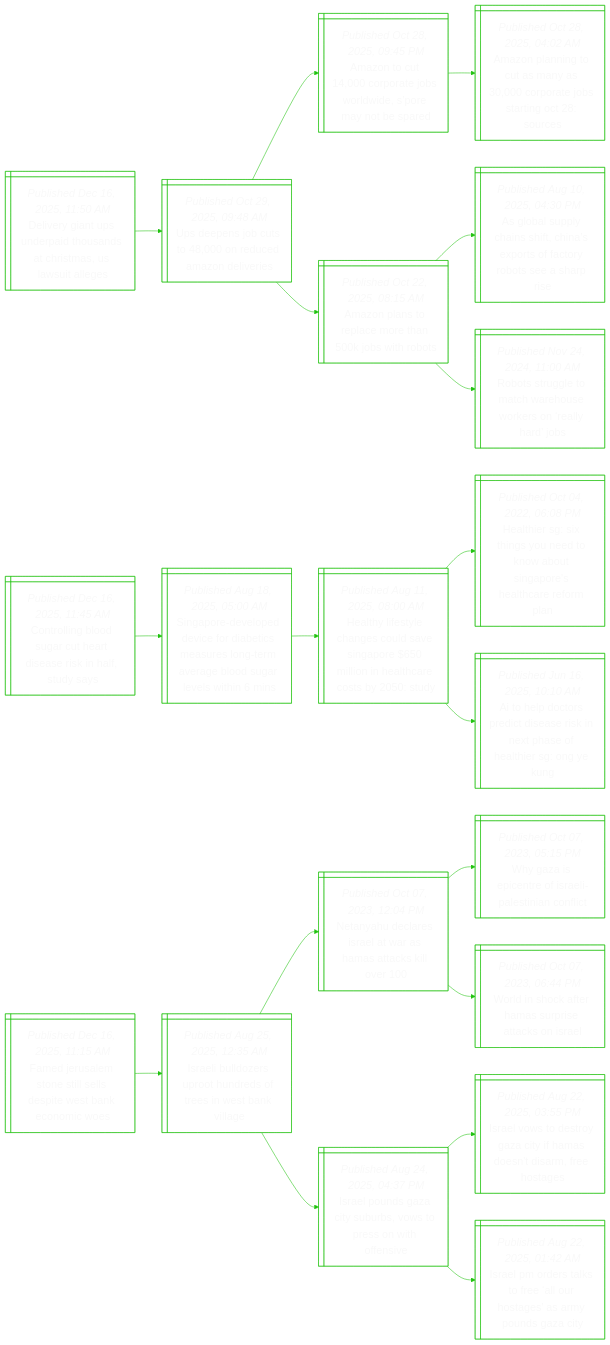
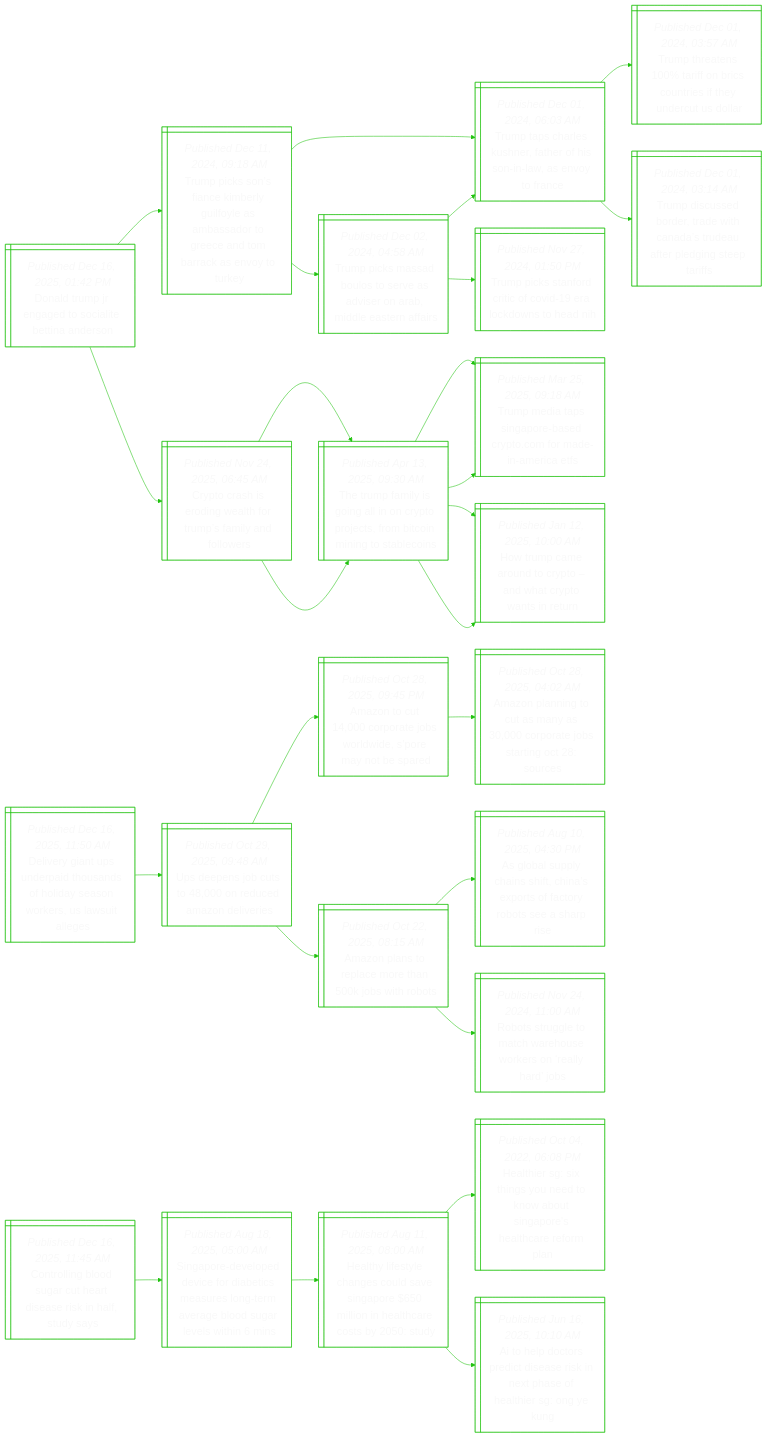
The diagram in README.md (notJmes/notJmes), drawn with Mermaid before and after one commit. The commit also changed other lines of this file, not shown here.

````diff
--- a/README.md
+++ b/README.md
@@ -16,8 +16,54 @@
 flowchart LR
 classDef txtsize font-size:20px;
 
-DeaSrtatsUsls@{ shape: win-pane, label: "_Published Dec 16, 2025, 11:50 AM_
-Delivery giant ups underpaid thousands at christmas, us lawsuit alleges" }
+Ddpgtieidn@{ shape: win-pane, label: "_Published Dec 16, 2025, 01:42 PM_
+Donald trump jr engaged to socialite bettina anderson" }
+TpsiKrilmaocTraou@{ shape: win-pane, label: "_Published Dec 11, 2024, 09:18 AM_
+Trump picks son’s fiance kimberly guilfoyle as ambassador to greece and tom barrack as envoy to turkey" }
+Tthsntfoanoc@{ shape: win-pane, label: "_Published Dec 01, 2024, 06:03 AM_
+Trump taps charles kushner, father of his son-in-law, as envoy to france" }
+TttaocnseeUl@{ shape: win-pane, label: "_Published Dec 01, 2024, 03:57 AM_
+Trump threatens 100% tariff on brics countries if they undercut us dollar" }
+Tdsotwasetegpf@{ shape: win-pane, label: "_Published Dec 01, 2024, 03:14 AM_
+Trump discussed border, trade with canada’s trudeau after pledging steep tariffs" }
+TpMdoessAiEra@{ shape: win-pane, label: "_Published Dec 02, 2024, 04:58 AM_
+Trump picks massad boulos to serve as adviser on arab, middle eastern affairs" }
+Tthsntfoanoc@{ shape: win-pane, label: "_Published Dec 01, 2024, 06:03 AM_
+Trump taps charles kushner, father of his son-in-law, as envoy to france" }
+TpSoifdowhI@{ shape: win-pane, label: "_Published Nov 27, 2024, 01:50 PM_
+Trump picks stanford critic of covid-19 era lockdowns to head nih" }
+Cohowhrfyoe@{ shape: win-pane, label: "_Published Nov 24, 2025, 06:45 AM_
+Crypto crash is eroding wealth for trump’s family and followers" }
+Tumsgnyrtmonoln@{ shape: win-pane, label: "_Published Apr 13, 2025, 09:30 AM_
+The trump family is going all in on crypto projects, from bitcoin mining to stablecoins" }
+TMtiosyoMniF@{ shape: win-pane, label: "_Published Mar 25, 2025, 09:18 AM_
+Trump media taps singapore-based crypto.com for made-in-america etfs" }
+Humucohyanr@{ shape: win-pane, label: "_Published Jan 12, 2025, 10:00 AM_
+How trump came around to crypto – and what crypto wants in return" }
+Tumsgnyrtmonoln@{ shape: win-pane, label: "_Published Apr 13, 2025, 09:30 AM_
+The trump family is going all in on crypto projects, from bitcoin mining to stablecoins" }
+TMtiosyoMniF@{ shape: win-pane, label: "_Published Mar 25, 2025, 09:18 AM_
+Trump media taps singapore-based crypto.com for made-in-america etfs" }
+Humucohyanr@{ shape: win-pane, label: "_Published Jan 12, 2025, 10:00 AM_
+How trump came around to crypto – and what crypto wants in return" }
+
+Ddpgtieidn:::txtsize --> TpsiKrilmaocTraou:::txtsize
+TpsiKrilmaocTraou:::txtsize --> Tthsntfoanoc:::txtsize
+Tthsntfoanoc:::txtsize --> TttaocnseeUl:::txtsize
+Tthsntfoanoc:::txtsize --> Tdsotwasetegpf:::txtsize
+TpsiKrilmaocTraou:::txtsize --> TpMdoessAiEra:::txtsize
+TpMdoessAiEra:::txtsize --> Tthsntfoanoc:::txtsize
+TpMdoessAiEra:::txtsize --> TpSoifdowhI:::txtsize
+Ddpgtieidn:::txtsize --> Cohowhrfyoe:::txtsize
+Cohowhrfyoe:::txtsize --> Tumsgnyrtmonoln:::txtsize
+Tumsgnyrtmonoln:::txtsize --> TMtiosyoMniF:::txtsize
+Tumsgnyrtmonoln:::txtsize --> Humucohyanr:::txtsize
+Cohowhrfyoe:::txtsize --> Tumsgnyrtmonoln:::txtsize
+Tumsgnyrtmonoln:::txtsize --> TMtiosyoMniF:::txtsize
+Tumsgnyrtmonoln:::txtsize --> Humucohyanr:::txtsize
+
+DeaSrtafdaoswae@{ shape: win-pane, label: "_Published Dec 16, 2025, 11:50 AM_
+Delivery giant ups underpaid thousands of holiday season workers, us lawsuit alleges" }
 Uejtncaer@{ shape: win-pane, label: "_Published Oct 29, 2025, 09:48 AM_
 Ups deepens job cuts to 48,000 on reduced amazon deliveries" }
 Antojoioyee@{ shape: win-pane, label: "_Published Oct 28, 2025, 09:45 PM_
@@ -31,7 +77,7 @@
 Rsgohhwreho@{ shape: win-pane, label: "_Published Nov 24, 2024, 11:00 AM_
 Robots struggle to match warehouse workers on ‘really hard’ jobs" }
 
-DeaSrtatsUsls:::txtsize --> Uejtncaer:::txtsize
+DeaSrtafdaoswae:::txtsize --> Uejtncaer:::txtsize
 Uejtncaer:::txtsize --> Antojoioyee:::txtsize
 Antojoioyee:::txtsize --> Annosapesitc:::txtsize
 Uejtncaer:::txtsize --> Anspmhoto:::txtsize
@@ -54,29 +100,4 @@
 Hheeguvgeihhcbd:::txtsize --> HhGhyenonraafl:::txtsize
 Hheeguvgeihhcbd:::txtsize --> AecpceinhftSYg:::txtsize
 
-FJatteeeBcis@{ shape: win-pane, label: "_Published Dec 16, 2025, 11:15 AM_
-Famed jerusalem stone still sells despite west bank economic woes" }
-IllronseWal@{ shape: win-pane, label: "_Published Aug 25, 2025, 12:35 AM_
-Israeli bulldozers uproot hundreds of trees in west bank village" }
-NyeeawHakl@{ shape: win-pane, label: "_Published Oct 07, 2023, 12:04 PM_
-Netanyahu declares israel at war as hamas attacks kill over 100" }
-WzptIleint@{ shape: win-pane, label: "_Published Oct 07, 2023, 05:15 PM_
-Why gaza is epicentre of israeli-palestinian conflict" }
-Wiceapaks@{ shape: win-pane, label: "_Published Oct 07, 2023, 06:44 PM_
-World in shock after hamas surprise attacks on israel" }
-Ildasbsewfi@{ shape: win-pane, label: "_Published Aug 24, 2025, 04:37 PM_
-Israel pounds gaza city suburbs, vows to press on with offensive" }
-Ilttataodmhg@{ shape: win-pane, label: "_Published Aug 22, 2025, 03:55 PM_
-Israel vows to destroy gaza city if hamas doesn't disarm, free hostages" }
-IldaoaraspsC@{ shape: win-pane, label: "_Published Aug 22, 2025, 01:42 AM_
-Israel pm orders talks to free ‘all our hostages’ as army pounds gaza city" }
-
-FJatteeeBcis:::txtsize --> IllronseWal:::txtsize
-IllronseWal:::txtsize --> NyeeawHakl:::txtsize
-NyeeawHakl:::txtsize --> WzptIleint:::txtsize
-NyeeawHakl:::txtsize --> Wiceapaks:::txtsize
-IllronseWal:::txtsize --> Ildasbsewfi:::txtsize
-Ildasbsewfi:::txtsize --> Ilttataodmhg:::txtsize
-Ildasbsewfi:::txtsize --> IldaoaraspsC:::txtsize
-
 ```
````
